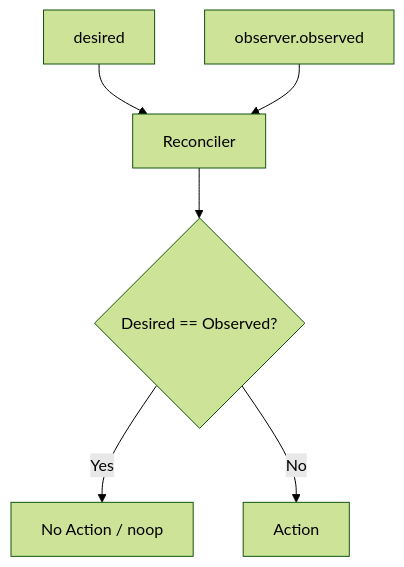
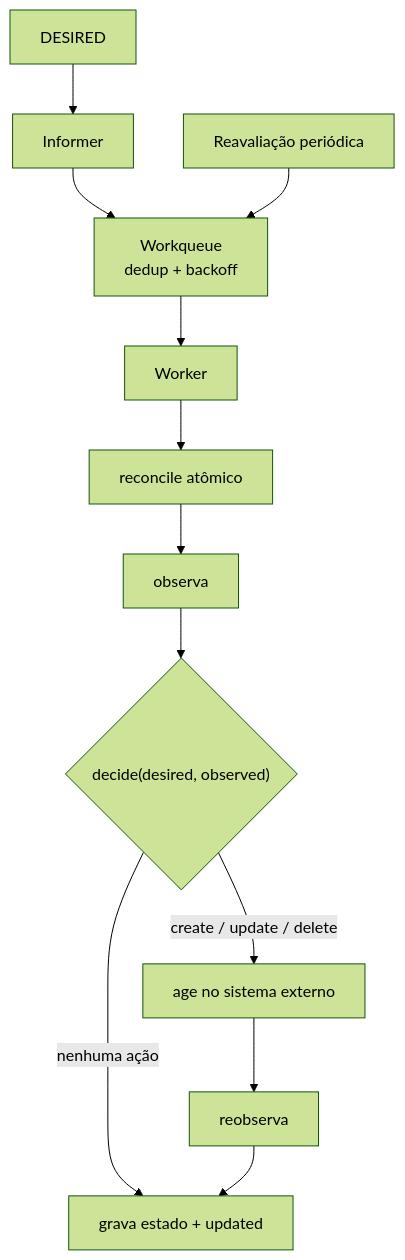
The fifth of 16 diagrams in docs/loop/RESOURCE-CONTROL-LOOP.md (danielsabatini/smarkee), drawn with Mermaid (forest theme) before and after one commit. The commit also changed other lines of this file, not shown here.

````diff
--- a/docs/loop/RESOURCE-CONTROL-LOOP.md
+++ b/docs/loop/RESOURCE-CONTROL-LOOP.md
@@ -482,14 +421,14 @@
 ```mermaid
 flowchart TB
-
-    D[desired]
-    O[observer.observed]
-
-    D --> R[Reconciler]
-    O --> R
-
-    R --> C{Desired == Observed?}
-
-    C -->|Yes| N[No Action / noop]
-    C -->|No| A[Action]
+    Desired[DESIRED] --> Informer[Informer]
+    Informer --> Queue[Workqueue<br/>dedup + backoff]
+    Timer[Reavaliação periódica] --> Queue
+    Queue --> Worker[Worker]
+    Worker --> Reconcile[reconcile atômico]
+    Reconcile --> Observe[observa]
+    Observe --> Decide{"decide(desired, observed)"}
+    Decide -->|nenhuma ação| Save[grava estado + updated]
+    Decide -->|create / update / delete| Act[age no sistema externo]
+    Act --> Reobserve[reobserva]
+    Reobserve --> Save
 ```
````
